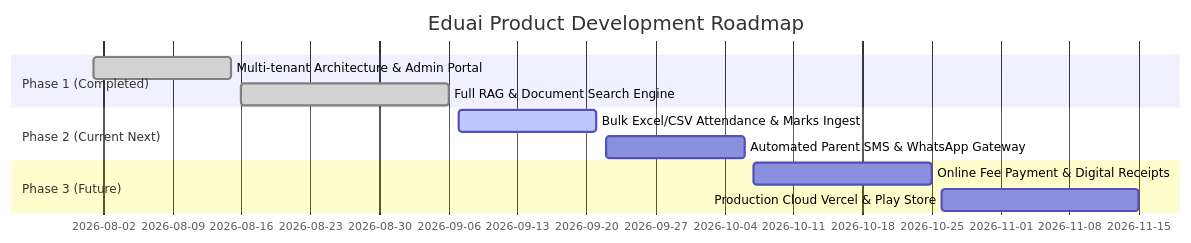
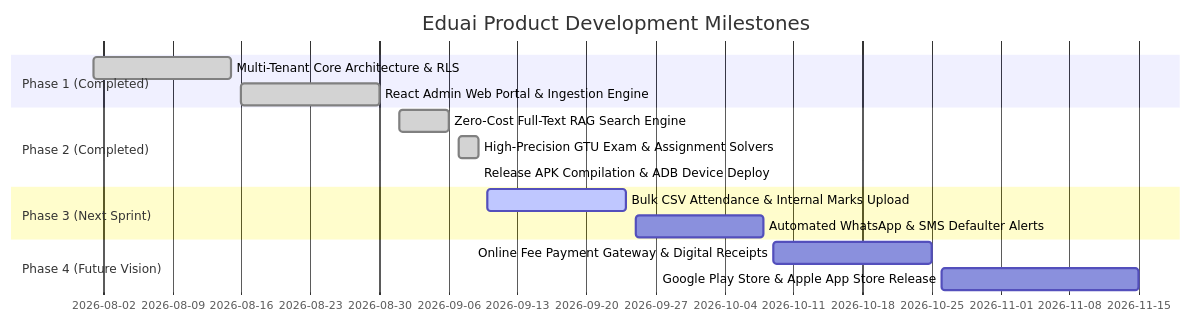
The fourth of 4 diagrams in PRD.md (BIPINRVANJARA/Eduai), drawn with Mermaid before and after one commit. The commit also changed other lines of this file, not shown here.

Commit message:
docs: update PRD to v3.0.0 reflecting multi-tenant RAG, GTU solvers, exam engine, and mobile deployment

````diff
--- a/PRD.md
+++ b/PRD.md
@@ -285,14 +316,18 @@
 ```mermaid
 gantt
-    title Eduai Product Development Roadmap
+    title Eduai Product Development Milestones
     dateFormat  YYYY-MM-DD
     section Phase 1 (Completed)
-    Multi-tenant Architecture & Admin Portal :done, 2026-08-01, 2026-08-15
-    Full RAG & Document Search Engine        :done, 2026-08-16, 2026-09-06
-    section Phase 2 (Current Next)
-    Bulk Excel/CSV Attendance & Marks Ingest :active, 2026-09-07, 2026-09-21
-    Automated Parent SMS & WhatsApp Gateway  :2026-09-22, 2026-10-06
-    section Phase 3 (Future)
-    Online Fee Payment & Digital Receipts    :2026-10-07, 2026-10-25
-    Production Cloud Vercel & Play Store     :2026-10-26, 2026-11-15
+    Multi-Tenant Core Architecture & RLS         :done, 2026-08-01, 2026-08-15
+    React Admin Web Portal & Ingestion Engine    :done, 2026-08-16, 2026-08-30
+    section Phase 2 (Completed)
+    Zero-Cost Full-Text RAG Search Engine        :done, 2026-09-01, 2026-09-06
+    High-Precision GTU Exam & Assignment Solvers :done, 2026-09-07, 2026-09-09
+    Release APK Compilation & ADB Device Deploy  :done, 2026-09-09, 2026-09-09
+    section Phase 3 (Next Sprint)
+    Bulk CSV Attendance & Internal Marks Upload  :active, 2026-09-10, 2026-09-24
+    Automated WhatsApp & SMS Defaulter Alerts    :2026-09-25, 2026-10-08
+    section Phase 4 (Future Vision)
+    Online Fee Payment Gateway & Digital Receipts:2026-10-09, 2026-10-25
+    Google Play Store & Apple App Store Release  :2026-10-26, 2026-11-15
 ```
````
